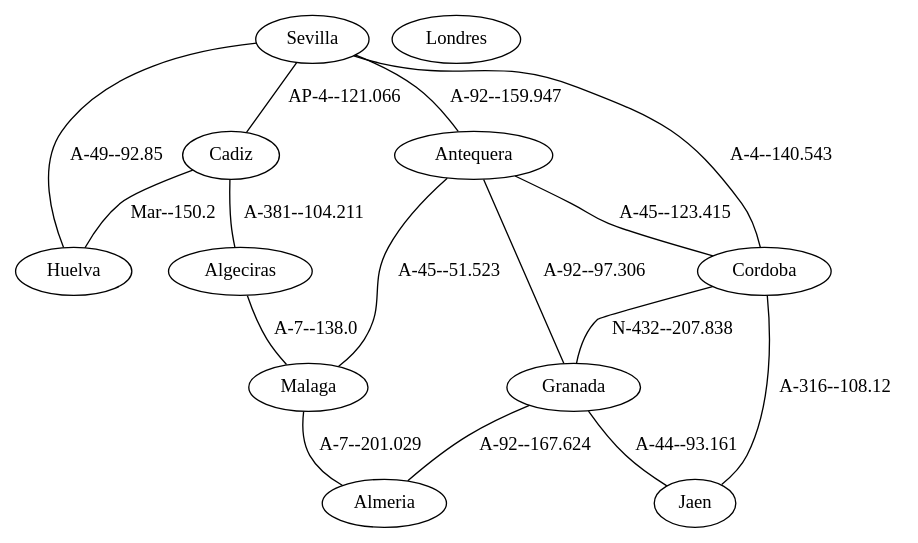
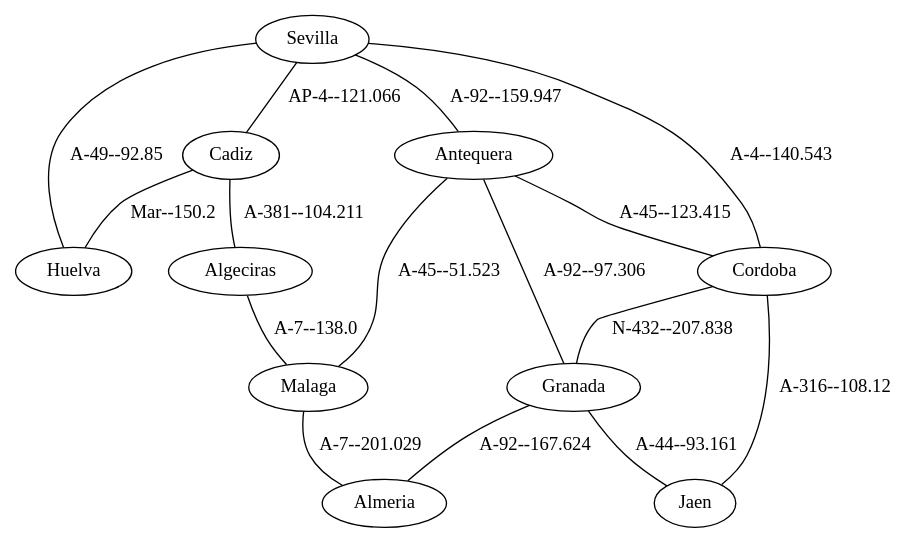
Before and after one commit to migueltoro/ada_v2_18: the diagram in java/EjemplosDeGrafos/ficheros/andalucia.gv, drawn with Graphviz. The commit also changed 14 other files, not shown here.

```diff
--- a/java/EjemplosDeGrafos/ficheros/andalucia.gv
+++ b/java/EjemplosDeGrafos/ficheros/andalucia.gv
@@ -1,28 +1,27 @@
 strict graph G {
   1 [ label="Sevilla" ];
   2 [ label="Cadiz" ];
   3 [ label="Huelva" ];
   4 [ label="Cordoba" ];
   5 [ label="Malaga" ];
   6 [ label="Antequera" ];
   7 [ label="Almeria" ];
   8 [ label="Granada" ];
   9 [ label="Jaen" ];
   10 [ label="Algeciras" ];
-  11 [ label="Londres" ];
   2 -- 3 [ label="Mar--150.2" ];
   1 -- 3 [ label="A-49--92.85" ];
   1 -- 4 [ label="A-4--140.543" ];
   1 -- 2 [ label="AP-4--121.066" ];
   1 -- 6 [ label="A-92--159.947" ];
   6 -- 8 [ label="A-92--97.306" ];
   6 -- 5 [ label="A-45--51.523" ];
   6 -- 4 [ label="A-45--123.415" ];
   5 -- 7 [ label="A-7--201.029" ];
   4 -- 9 [ label="A-316--108.12" ];
   4 -- 8 [ label="N-432--207.838" ];
   8 -- 7 [ label="A-92--167.624" ];
   8 -- 9 [ label="A-44--93.161" ];
   2 -- 10 [ label="A-381--104.211" ];
   10 -- 5 [ label="A-7--138.0" ];
 }
```
